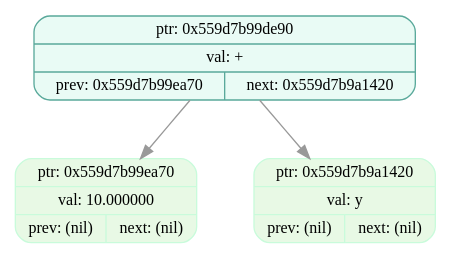
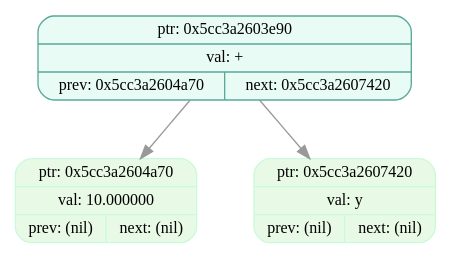
Before and after one commit to EvilTomato9890/Difference: the diagram in dumps/tree_dump_005.dot, drawn with Graphviz. The commit also changed 36 other files, not shown here.

```diff
--- a/dumps/tree_dump_005.dot
+++ b/dumps/tree_dump_005.dot
@@ -1,9 +1,9 @@
 digraph T{
   node [fontname="Fira Mono",shape=record,style="filled,rounded",fontsize=12];
   graph [splines=true, nodesep=0.6, ranksep=0.6];
-  node_0x559d7b99de90[shape=record,label="{ {ptr: 0x559d7b99de90} | {val: +} | { prev: 0x559d7b99ea70 | next: 0x559d7b9a1420 } }",color="#5aa99b",fillcolor="#e9fbf5"];
-  node_0x559d7b99ea70[shape=record,label="{ {ptr: 0x559d7b99ea70} | {val: 10.000000} | { prev: (nil) | next: (nil) } }",color="#c9fbdbff",fillcolor="#e8f9e5ff"];
-  node_0x559d7b9a1420[shape=record,label="{ {ptr: 0x559d7b9a1420} | {val: y} | { prev: (nil) | next: (nil) } }",color="#c9fbdbff",fillcolor="#e8f9e5ff"];
-  node_0x559d7b99de90 -> node_0x559d7b99ea70 [color="#999999"];
-  node_0x559d7b99de90 -> node_0x559d7b9a1420 [color="#999999"];
+  node_0x5cc3a2603e90[shape=record,label="{ {ptr: 0x5cc3a2603e90} | {val: +} | { prev: 0x5cc3a2604a70 | next: 0x5cc3a2607420 } }",color="#5aa99b",fillcolor="#e9fbf5"];
+  node_0x5cc3a2604a70[shape=record,label="{ {ptr: 0x5cc3a2604a70} | {val: 10.000000} | { prev: (nil) | next: (nil) } }",color="#c9fbdbff",fillcolor="#e8f9e5ff"];
+  node_0x5cc3a2607420[shape=record,label="{ {ptr: 0x5cc3a2607420} | {val: y} | { prev: (nil) | next: (nil) } }",color="#c9fbdbff",fillcolor="#e8f9e5ff"];
+  node_0x5cc3a2603e90 -> node_0x5cc3a2604a70 [color="#999999"];
+  node_0x5cc3a2603e90 -> node_0x5cc3a2607420 [color="#999999"];
 }
```
